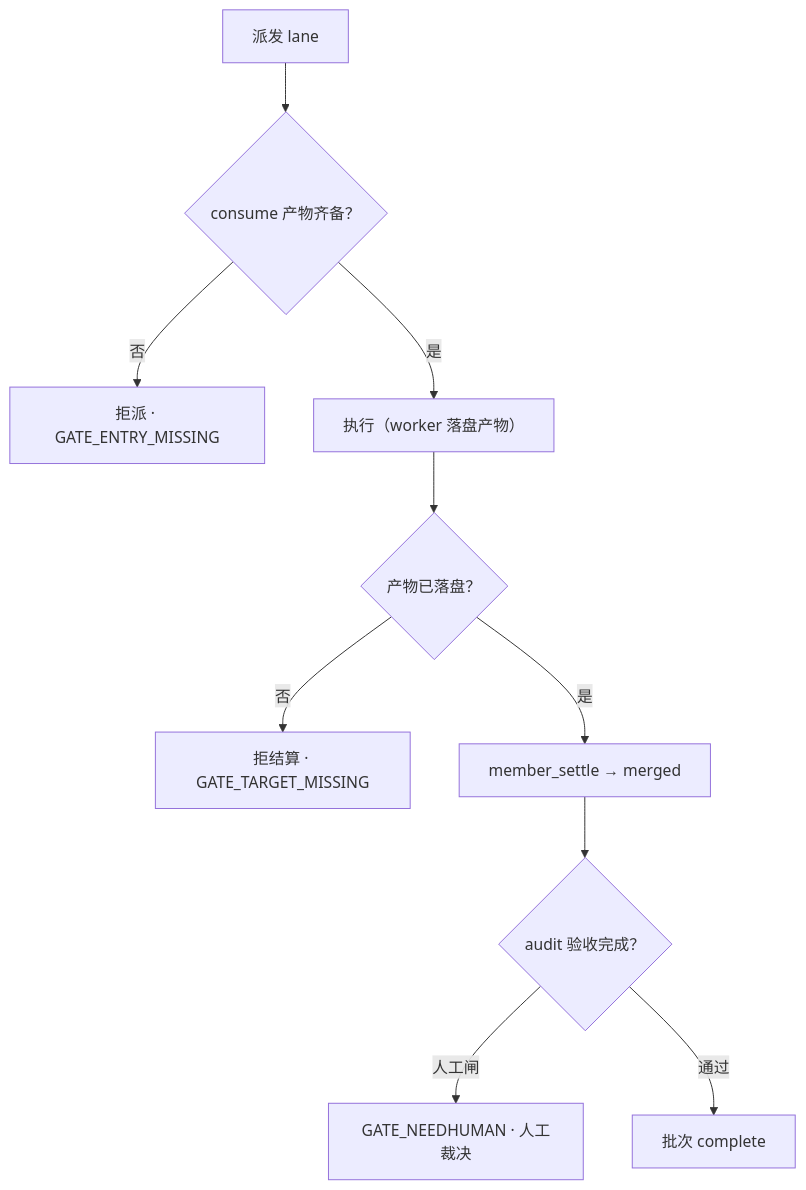
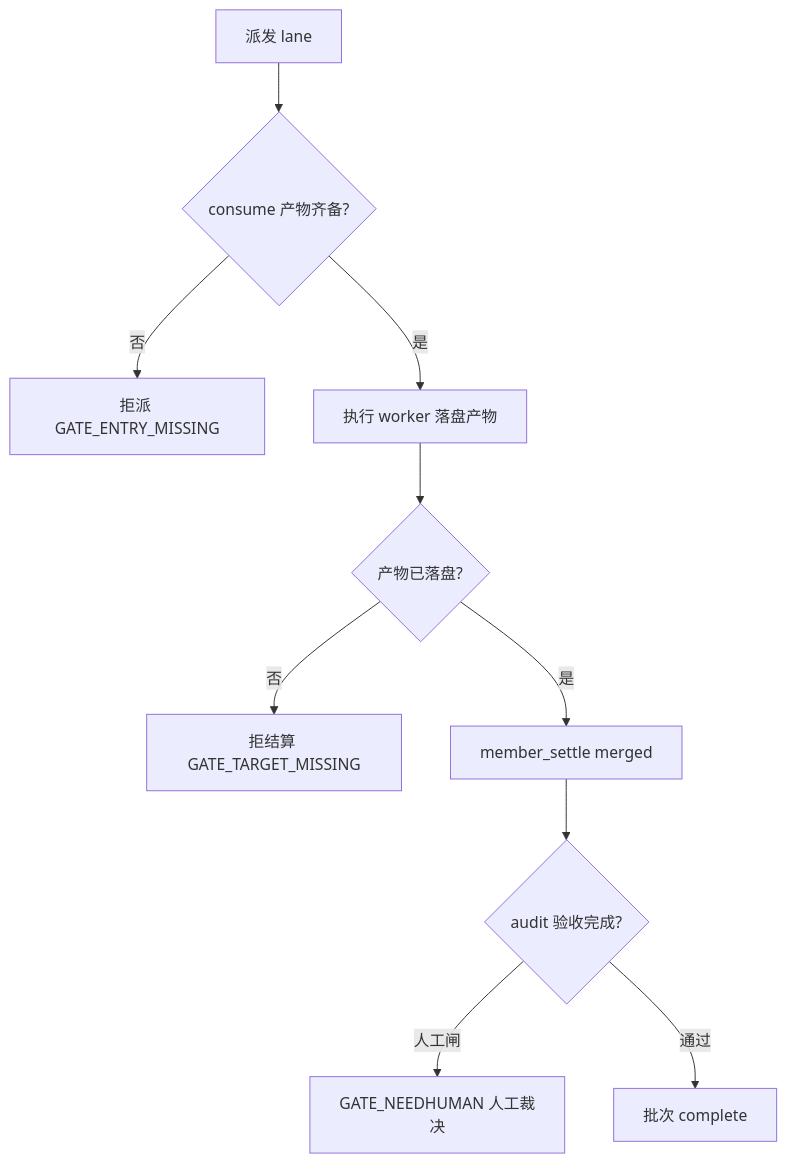
Before and after one commit to Punky971210/dsh-punky-swarm: the second of 3 diagrams in README.md, drawn with Mermaid. The commit also changed other lines of this file and 4 other files, not shown here.

Commit message:
docs: mermaid syntax compat fix, simplify why section

````diff
--- a/README.md
+++ b/README.md
@@ -122,12 +122,12 @@
 ```mermaid
 flowchart TD
-  S["派发 lane"] --> D1{"consume 产物齐备？"}
-  D1 -- "否" --> R1["拒派 · GATE_ENTRY_MISSING"]
-  D1 -- "是" --> X["执行（worker 落盘产物）"]
-  X --> D2{"产物已落盘？"}
-  D2 -- "否" --> R2["拒结算 · GATE_TARGET_MISSING"]
-  D2 -- "是" --> C["member_settle → merged"]
-  C --> D3{"audit 验收完成？"}
-  D3 -- "人工闸" --> R3["GATE_NEEDHUMAN · 人工裁决"]
+  S["派发 lane"] --> D1{"consume 产物齐备?"}
+  D1 -- "否" --> R1["拒派 GATE_ENTRY_MISSING"]
+  D1 -- "是" --> X["执行 worker 落盘产物"]
+  X --> D2{"产物已落盘?"}
+  D2 -- "否" --> R2["拒结算 GATE_TARGET_MISSING"]
+  D2 -- "是" --> C["member_settle merged"]
+  C --> D3{"audit 验收完成?"}
+  D3 -- "人工闸" --> R3["GATE_NEEDHUMAN 人工裁决"]
   D3 -- "通过" --> DONE["批次 complete"]
 ```
````
